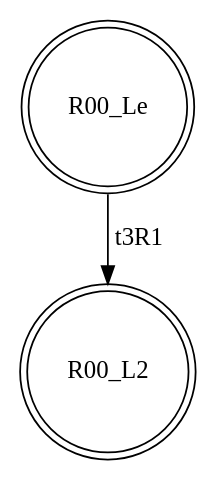
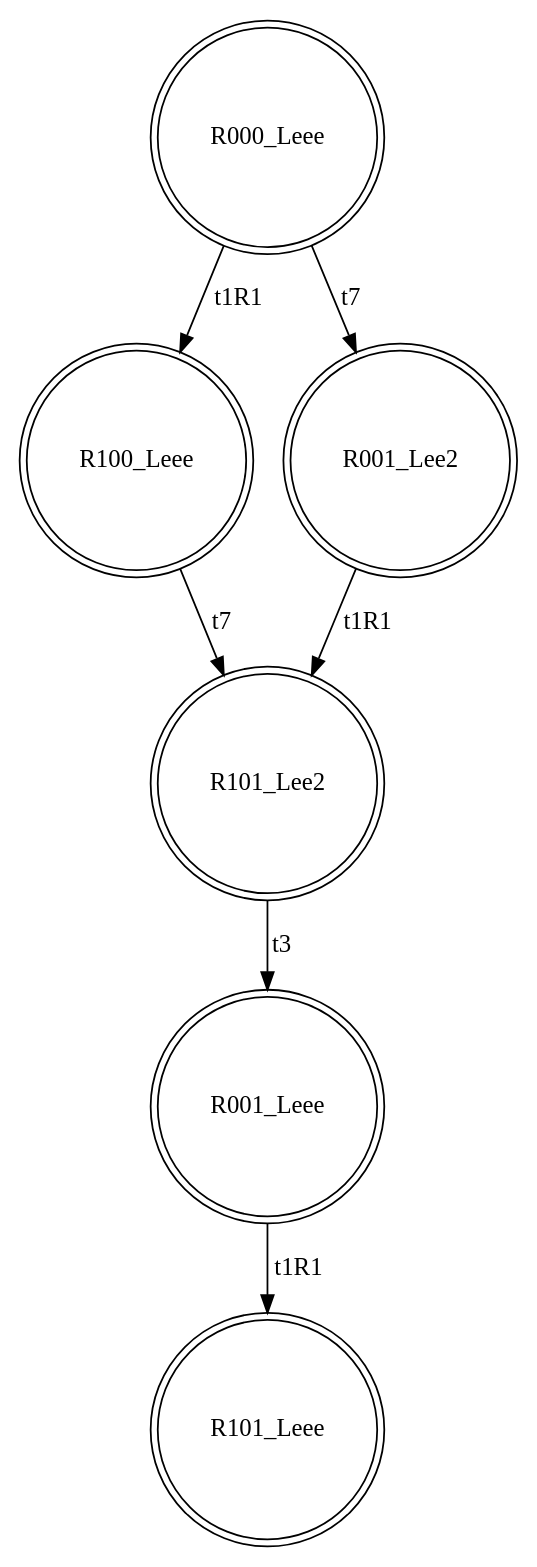
The diagram in debug/0_SC.dot (Stefano-BS/Explanatory-Diagnosis), drawn with Graphviz before and after one commit. The commit also changed 86 other files, not shown here.

```diff
--- a/debug/0_SC.dot
+++ b/debug/0_SC.dot
@@ -1,5 +1,14 @@
 digraph "SCdebug/0" {
-node [shape=doublecircle]; R00_Le ;
-node [shape=doublecircle]; R00_L2 ;
-R00_Le -> R00_L2 [label=t3R1]
+node [shape=doublecircle]; R000_Leee ;
+node [shape=doublecircle]; R100_Leee ;
+node [shape=doublecircle]; R101_Leee ;
+node [shape=doublecircle]; R101_Lee2 ;
+node [shape=doublecircle]; R001_Leee ;
+node [shape=doublecircle]; R001_Lee2 ;
+R000_Leee -> R100_Leee [label=t1R1]
+R000_Leee -> R001_Lee2 [label=t7]
+R100_Leee -> R101_Lee2 [label=t7]
+R101_Lee2 -> R001_Leee [label=t3]
+R001_Leee -> R101_Leee [label=t1R1]
+R001_Lee2 -> R101_Lee2 [label=t1R1]
 }
```
